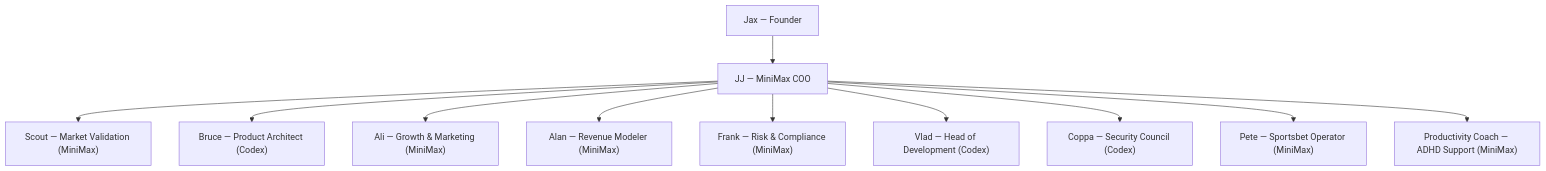
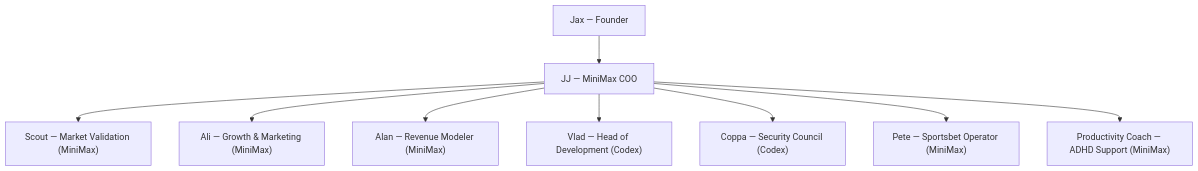
Before and after one commit to cryptolyrics/Elevate-Flow: the diagram in ZERO-MISSION-SOT.md, drawn with Mermaid. The commit also changed other lines of this file, not shown here.

Commit message:
docs(sot): remove Bruce/Frank and add Pete weekly betting scoreboard

````diff
--- a/ZERO-MISSION-SOT.md
+++ b/ZERO-MISSION-SOT.md
@@ -13,13 +13,11 @@
 ```mermaid
 graph TD
   Jax["Jax — Founder"] --> JJ["JJ — MiniMax COO"]
   JJ --> Scout["Scout — Market Validation (MiniMax)"]
-  JJ --> Bruce["Bruce — Product Architect (Codex)"]
   JJ --> Ali["Ali — Growth & Marketing (MiniMax)"]
   JJ --> Alan["Alan — Revenue Modeler (MiniMax)"]
-  JJ --> Frank["Frank — Risk & Compliance (MiniMax)"]
   JJ --> Vlad["Vlad — Head of Development (Codex)"]
   JJ --> Coppa["Coppa — Security Council (Codex)"]
   JJ --> Pete["Pete — Sportsbet Operator (MiniMax)"]
   JJ --> Coach["Productivity Coach — ADHD Support (MiniMax)"]
 ```
````
